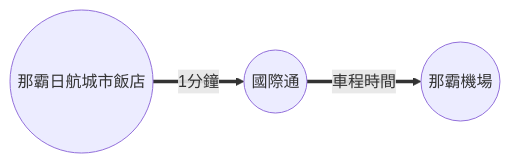
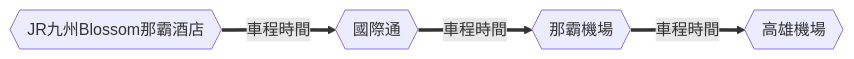
One commit to wilder640/trip changed diagram 12 of 12 in docs/blog/posts/okinawa/okinawa-2024-12/okinawa-2024-12.md. Above: the diagram before and after it, drawn with Mermaid. The commit also changed other lines of this file and 12 other files, not shown here.

````diff
--- a/docs/blog/posts/okinawa/okinawa-2024-12/okinawa-2024-12.md
+++ b/docs/blog/posts/okinawa/okinawa-2024-12/okinawa-2024-12.md
@@ -183,4 +189,4 @@
 ``` mermaid
 graph LR
-  A((那霸日航城市飯店)) == 1分鐘 ==> B((國際通)) == 車程時間 ==> C((那霸機場))
+  A{{JR九州Blossom那霸酒店}} == 車程時間 ==> B{{國際通}} == 車程時間 ==> C{{那霸機場}} == 車程時間 ==> D{{高雄機場}}
 ```
````
